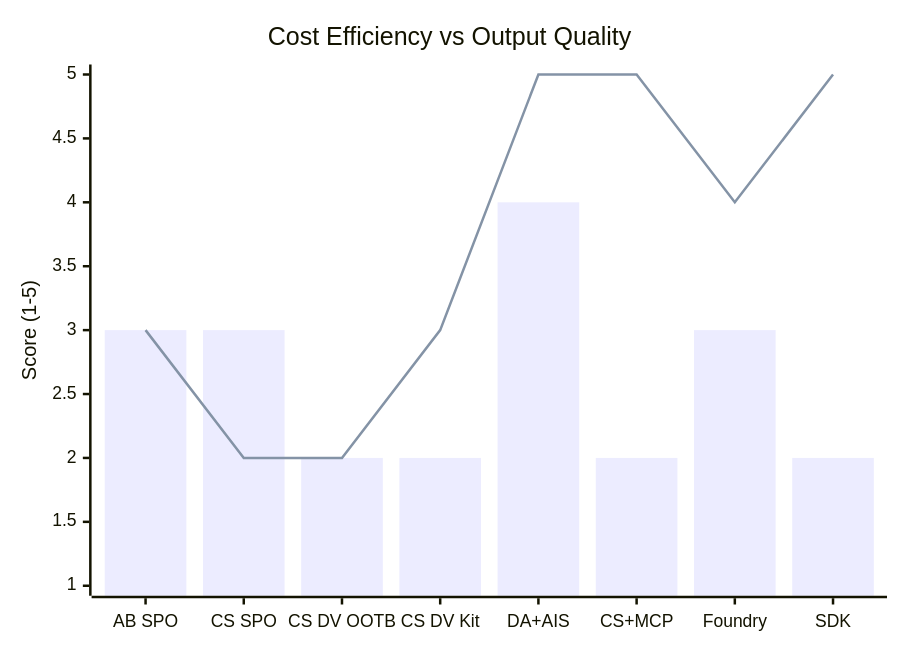
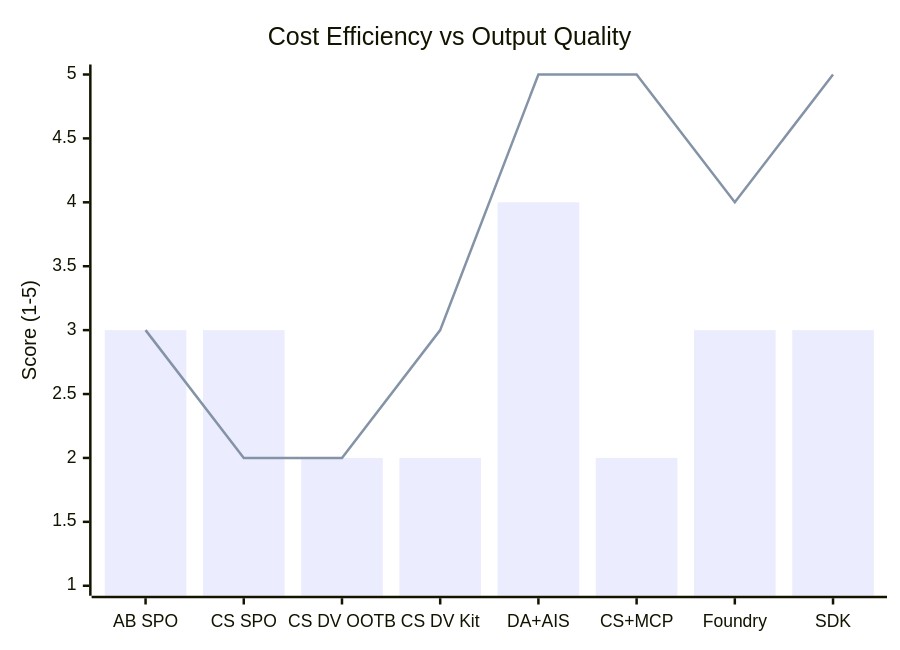
Before and after one commit to ostefka/AgentsAdvancedSearch: the ninth of 10 diagrams in COMPARISON.md, drawn with Mermaid. The commit also changed other lines of this file, not shown here.

````diff
--- a/COMPARISON.md
+++ b/COMPARISON.md
@@ -356,8 +362,8 @@
 ```mermaid
 xychart-beta
   title "Cost Efficiency vs Output Quality"
   x-axis ["AB SPO", "CS SPO", "CS DV OOTB", "CS DV Kit", "DA+AIS", "CS+MCP", "Foundry", "SDK"]
   y-axis "Score (1-5)" 1 --> 5
-  bar [3, 3, 2, 2, 4, 2, 3, 2]
+  bar [3, 3, 2, 2, 4, 2, 3, 3]
   line [3, 2, 2, 3, 5, 5, 4, 5]
 ```
````
